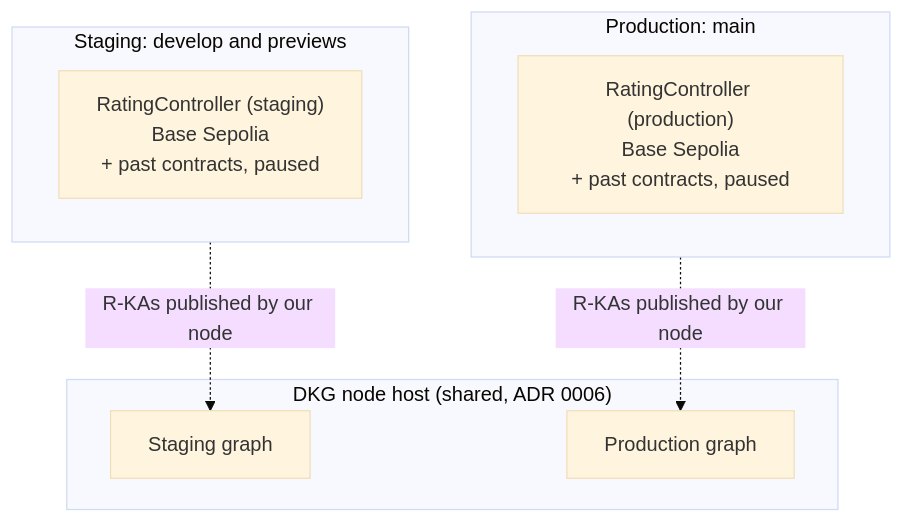
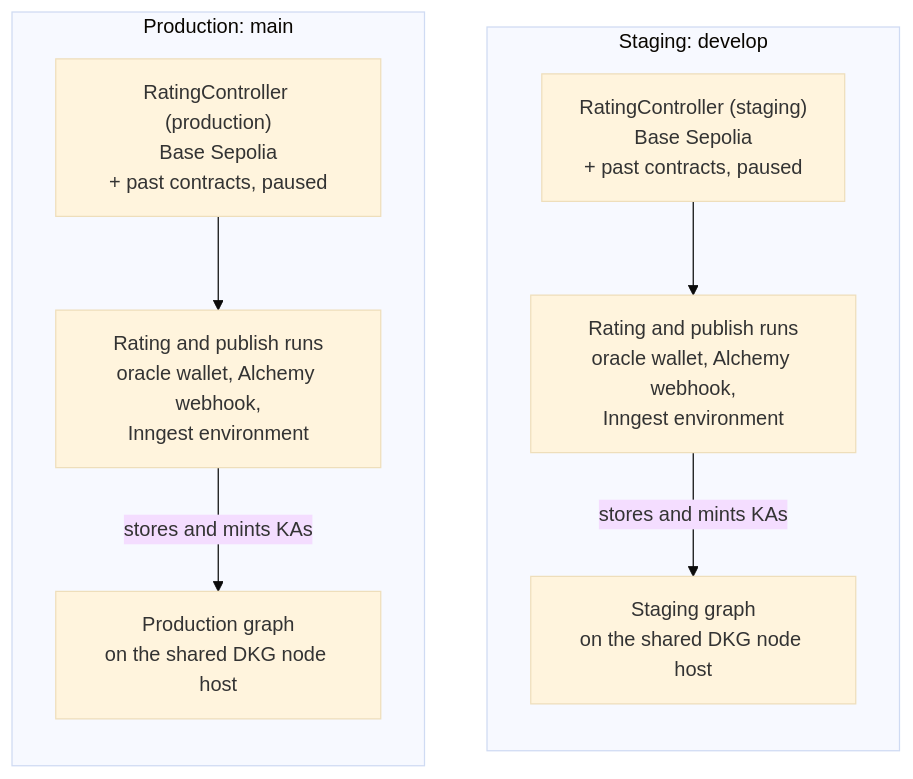
Before and after one commit to SiegfriedBz/verisci: the first of 3 diagrams in README.md, drawn with Mermaid (base theme). The commit also changed other lines of this file, not shown here.

First line of the commit message:
docs: give each environment its own column and show publishing first

````diff
--- a/README.md
+++ b/README.md
@@ -65,15 +67,17 @@
 ```mermaid
 flowchart TB
-  subgraph node["DKG node host (shared, ADR 0006)"]
-    sg["Staging graph"]
-    pg["Production graph"]
-  end
-  subgraph staging["Staging: develop and previews"]
+  subgraph staging["Staging: develop"]
+    direction TB
     sc["RatingController (staging)<br/>Base Sepolia<br/>+ past contracts, paused"]
+    sr["Rating and publish runs<br/>oracle wallet, Alchemy webhook,<br/>Inngest environment"]
+    sg["Staging graph<br/>on the shared DKG node host"]
+    sc --> sr -->|"stores and mints KAs"| sg
   end
   subgraph production["Production: main"]
+    direction TB
     pc["RatingController (production)<br/>Base Sepolia<br/>+ past contracts, paused"]
+    pr["Rating and publish runs<br/>oracle wallet, Alchemy webhook,<br/>Inngest environment"]
+    pg["Production graph<br/>on the shared DKG node host"]
+    pc --> pr -->|"stores and mints KAs"| pg
   end
-  staging -.->|"R-KAs published by our node"| sg
-  production -.->|"R-KAs published by our node"| pg
 ```
````
